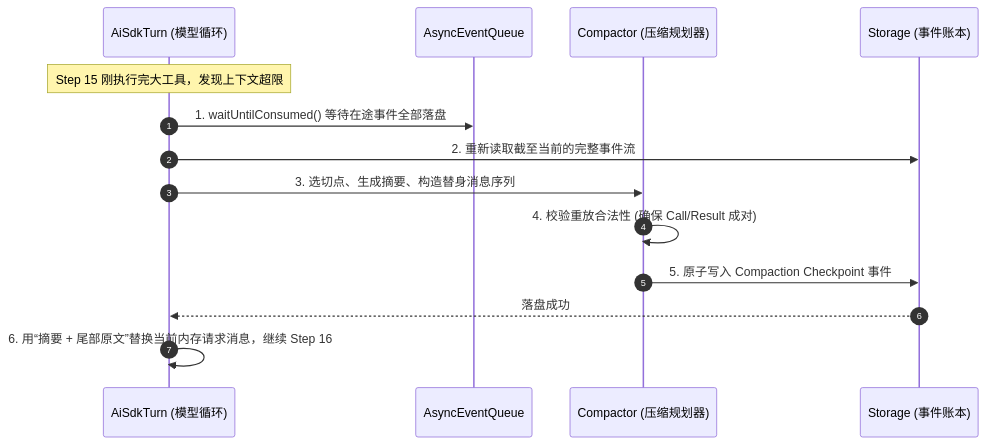
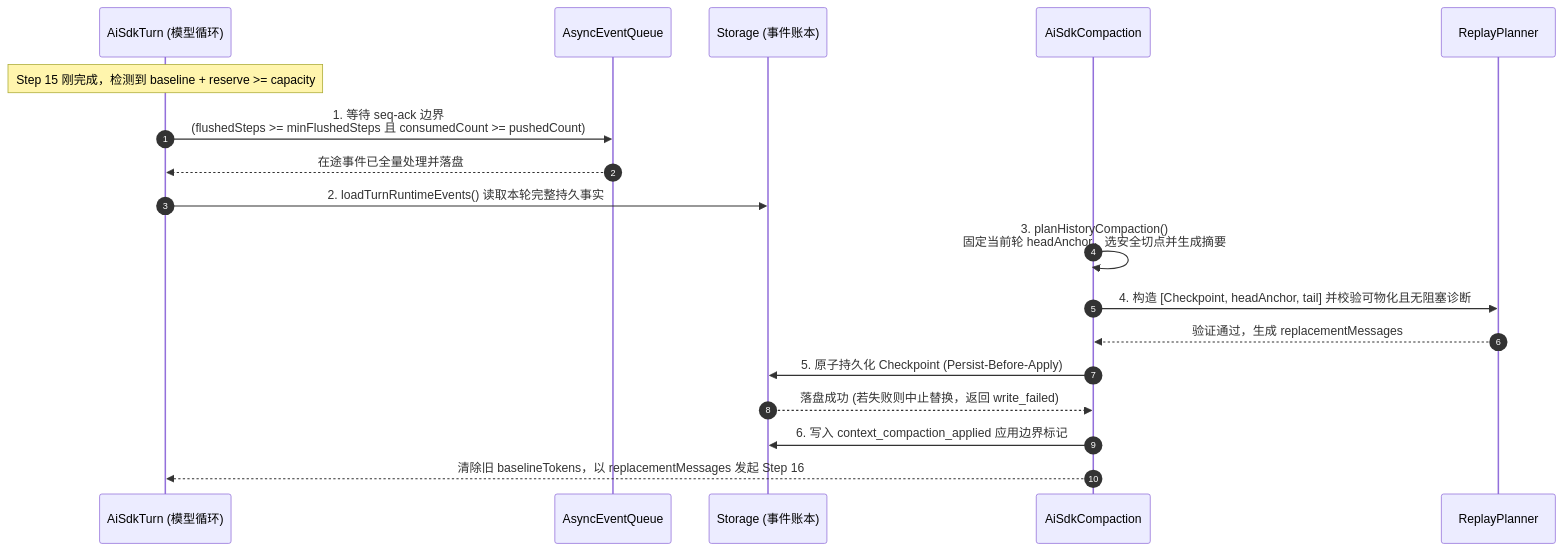
The second of 2 diagrams in maka-agent-infra/02-context/compaction.md (suger-m/agent-infrastructure-docs), drawn with Mermaid before and after one commit. The commit also changed other lines of this file and 31 other files, not shown here.

````diff
--- a/maka-agent-infra/02-context/compaction.md
+++ b/maka-agent-infra/02-context/compaction.md
@@ -80,17 +122,21 @@
 ```mermaid
 sequenceDiagram
     autonumber
     participant Turn as AiSdkTurn (模型循环)
     participant Queue as AsyncEventQueue
-    participant Compactor as Compactor (压缩规划器)
     participant Store as Storage (事件账本)
+    participant Compactor as AiSdkCompaction
+    participant Planner as ReplayPlanner
 
-    Note over Turn: Step 15 刚执行完大工具，发现上下文超限
-    Turn->>Queue: 1. waitUntilConsumed() 等待在途事件全部落盘
-    Turn->>Store: 2. 重新读取截至当前的完整事件流
-    Turn->>Compactor: 3. 选切点、生成摘要、构造替身消息序列
-    Compactor->>Compactor: 4. 校验重放合法性 (确保 Call/Result 成对)
-    Compactor->>Store: 5. 原子写入 Compaction Checkpoint 事件
-    Store-->>Turn: 落盘成功
-    Turn->>Turn: 6. 用“摘要 + 尾部原文”替换当前内存请求消息，继续 Step 16
+    Note over Turn: Step 15 刚完成，检测到 baseline + reserve >= capacity
+    Turn->>Queue: 1. 等待 seq-ack 边界<br/>(flushedSteps >= minFlushedSteps 且 consumedCount >= pushedCount)
+    Queue-->>Turn: 在途事件已全量处理并落盘
+    Turn->>Store: 2. loadTurnRuntimeEvents() 读取本轮完整持久事实
+    Compactor->>Compactor: 3. planHistoryCompaction()<br/>固定当前轮 headAnchor，选安全切点并生成摘要
+    Compactor->>Planner: 4. 构造 [Checkpoint, headAnchor, tail] 并校验可物化且无阻塞诊断
+    Planner-->>Compactor: 验证通过，生成 replacementMessages
+    Compactor->>Store: 5. 原子持久化 Checkpoint (Persist-Before-Apply)
+    Store-->>Compactor: 落盘成功 (若失败则中止替换，返回 write_failed)
+    Compactor->>Store: 6. 写入 context_compaction_applied 应用边界标记
+    Compactor-->>Turn: 清除旧 baselineTokens，以 replacementMessages 发起 Step 16
 ```
````
